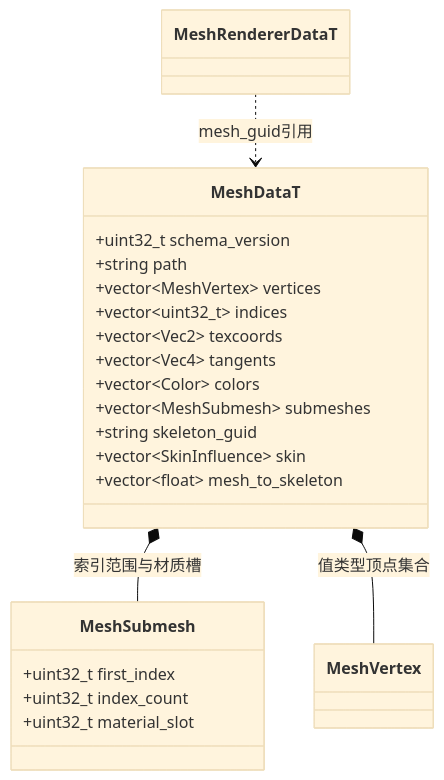
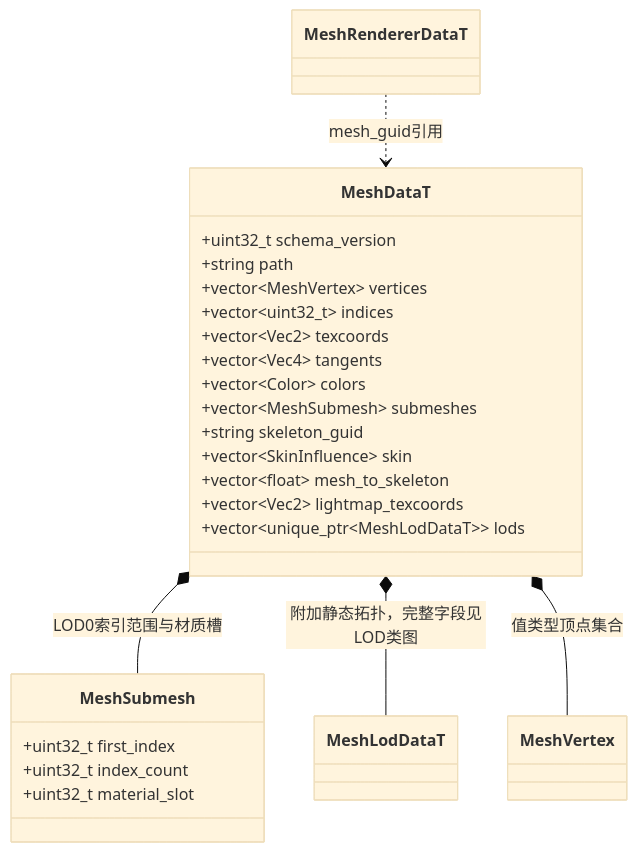
One commit to lcals/Engine changed the second of 7 diagrams in docs/runtime/class-diagrams/scene-data.md. Above: the diagram before and after it, drawn with Mermaid (base theme). The commit also changed other lines of this file and 222 other files, not shown here.

Commit message:
Consolidate editor asset imports and align architecture documentation

````diff
--- a/docs/runtime/class-diagrams/scene-data.md
+++ b/docs/runtime/class-diagrams/scene-data.md
@@ -62,26 +65,30 @@
 ```mermaid
 classDiagram
     class MeshDataT {
         +uint32_t schema_version
         +string path
         +vector~MeshVertex~ vertices
         +vector~uint32_t~ indices
         +vector~Vec2~ texcoords
         +vector~Vec4~ tangents
         +vector~Color~ colors
         +vector~MeshSubmesh~ submeshes
         +string skeleton_guid
         +vector~SkinInfluence~ skin
         +vector~float~ mesh_to_skeleton
+        +vector~Vec2~ lightmap_texcoords
+        +vector~unique_ptr~MeshLodDataT~~ lods
     }
     class MeshVertex
+    class MeshLodDataT
     class MeshSubmesh {
         +uint32_t first_index
         +uint32_t index_count
         +uint32_t material_slot
     }
-    MeshDataT *-- MeshSubmesh : 索引范围与材质槽
+    MeshDataT *-- MeshSubmesh : LOD0索引范围与材质槽
+    MeshDataT *-- MeshLodDataT : 附加静态拓扑，完整字段见LOD类图
     class MeshRendererDataT
     MeshDataT *-- MeshVertex : 值类型顶点集合
     MeshRendererDataT ..> MeshDataT : mesh_guid引用
 ```
````
